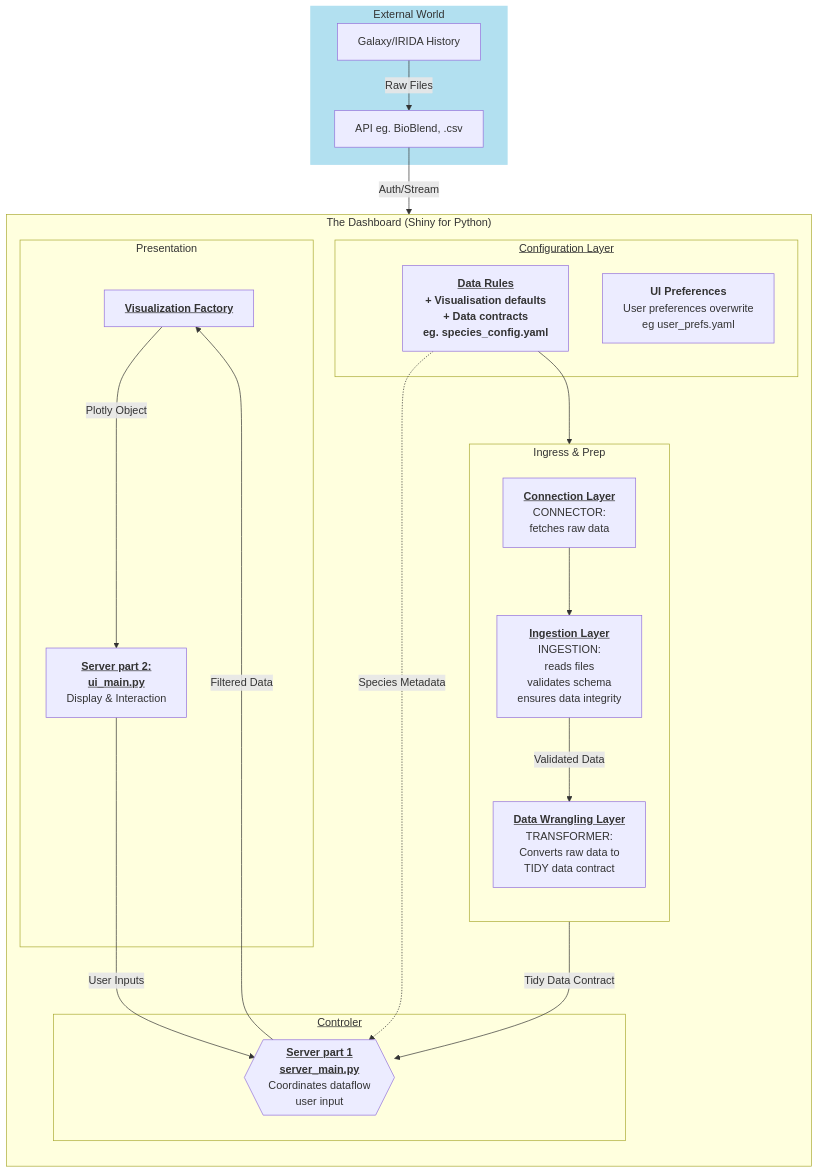
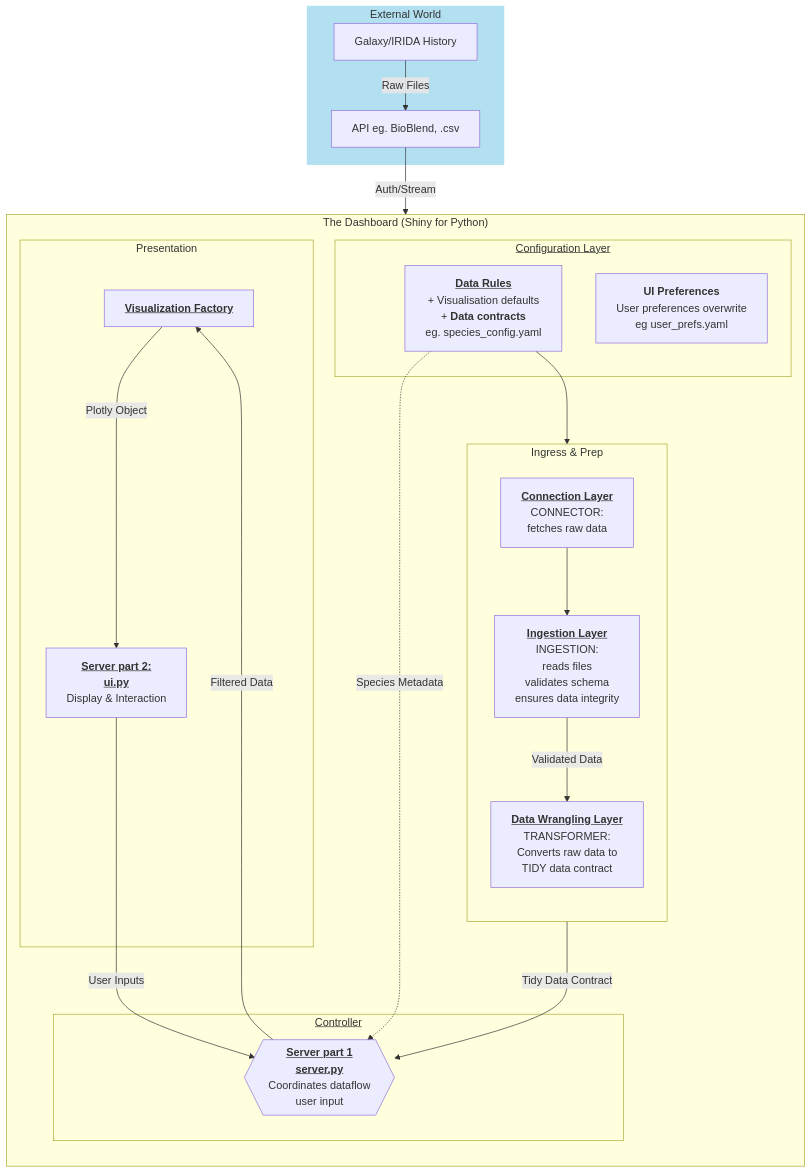
One commit to NorwegianVeterinaryInstitute/SPARMVET_VIZ changed the diagram in docs/architecture/_mermaid.mmd. Above: the diagram before and after it, drawn with Mermaid. The commit also changed 3 other files, not shown here.

```diff
--- a/docs/architecture/_mermaid.mmd
+++ b/docs/architecture/_mermaid.mmd
@@ -1,78 +1,55 @@
 %% TODO - needs to be revised when this becomes more clear - and updated to correspond to the text description
 graph TD
     subgraph Ext ["External World"]
         Galaxy["Galaxy/IRIDA History"]
         API["API eg. BioBlend, .csv"]
     end
 
 
     subgraph "The Dashboard (Shiny for Python)"
         direction TB
         
         %% TODO- need to integrate relations with config layer
         subgraph "Ingress & Prep"
             direction TB 
             
-            Connector["
-            <b><u>Connection Layer</u></b>
-            CONNECTOR: 
-            fetches raw data"]
+            Connector["<b><u>Connection Layer</u></b><br/>CONNECTOR:<br/>fetches raw data"]
             
-            Ingest["
-            <b><u>Ingestion Layer</u></b>
-            INGESTION: 
-            reads files
-            validates schema
-            ensures data integrity"]
+            Ingest["<b><u>Ingestion Layer</u></b><br/>INGESTION:<br/>reads files<br/>validates schema<br/>ensures data integrity"]
 
-            Wrangler["
-            <b><u>Data Wrangling Layer</u></b>
-            TRANSFORMER:
-            Converts raw data to 
-            TIDY data contract"]
+            Wrangler["<b><u>Data Wrangling Layer</u></b><br/>TRANSFORMER:<br/>Converts raw data to<br/>TIDY data contract"]
         end
 
         subgraph "<u>Configuration Layer</u>"
-            DataRules["<b><u>Data Rules</u><b>
-            + Visualisation defaults
-            + <b>Data contracts</b>
-            eg. species_config.yaml"]
-            UIPrefs["<b>UI Preferences</b>
-            User preferences overwrite
-            eg user_prefs.yaml"]
+            DataRules["<b><u>Data Rules</u></b><br/>+ Visualisation defaults<br/>+ <b>Data contracts</b><br/>eg. species_config.yaml"]
+            UIPrefs["<b>UI Preferences</b><br/>User preferences overwrite<br/>eg user_prefs.yaml"]
             %% SystemEnv["<b>Environment Config</b><br/>(secrets.env / paths.yaml)"]
         end
 
 
-        subgraph "<u>Controler</u>"
-            Logic{{"<b><u>Server part 1
-            server_main.py</b></u>
-            Coordinates dataflow
-            user input"}}
+        subgraph "<u>Controller</u>"
+            Logic{{"<b><u>Server part 1<br/>server.py</u></b><br/>Coordinates dataflow<br/>user input"}}
         end
 
         subgraph "Presentation"
             Factory["<b><u>Visualization Factory</u></b>"]
-            UI["<b><u>Server part 2:
-            ui_main.py</u></b> 
-            Display & Interaction"
-            ]
+            UI["<b><u>Server part 2:<br/>ui.py</u></b><br/>Display & Interaction"]
         end
     
     end
 
     %% Data Flow
     Galaxy -->|Raw Files| API
     API -->|Auth/Stream| Connector
     Connector --> Ingest
     Ingest -->|Validated Data| Wrangler
     DataRules --> Ingest
     Wrangler -->|Tidy Data Contract| Logic
     
     DataRules -.->|Species Metadata| Logic
     Logic -->|Filtered Data| Factory
     Factory -->|Plotly Object| UI
     UI -->|User Inputs| Logic
 
     %% Styling
     style Ext fill:#b2e0f0,stroke:#b2e0f0,stroke-width:2px
```
